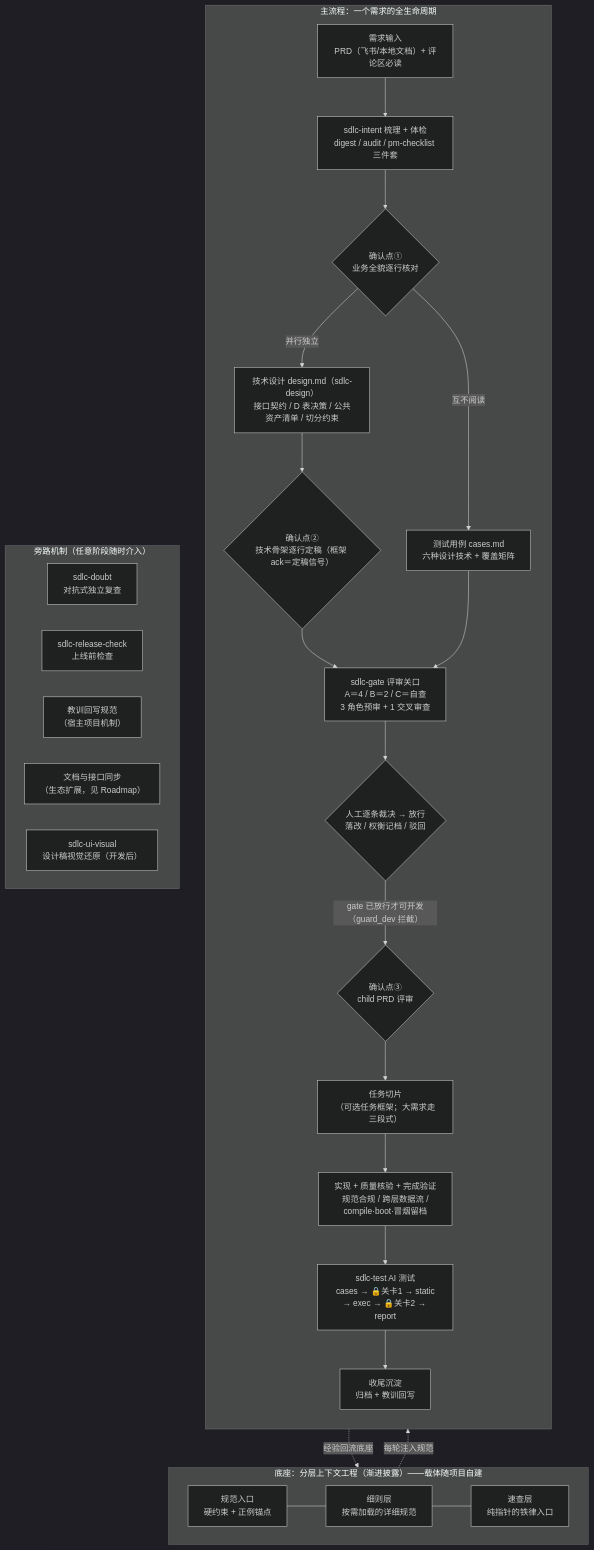
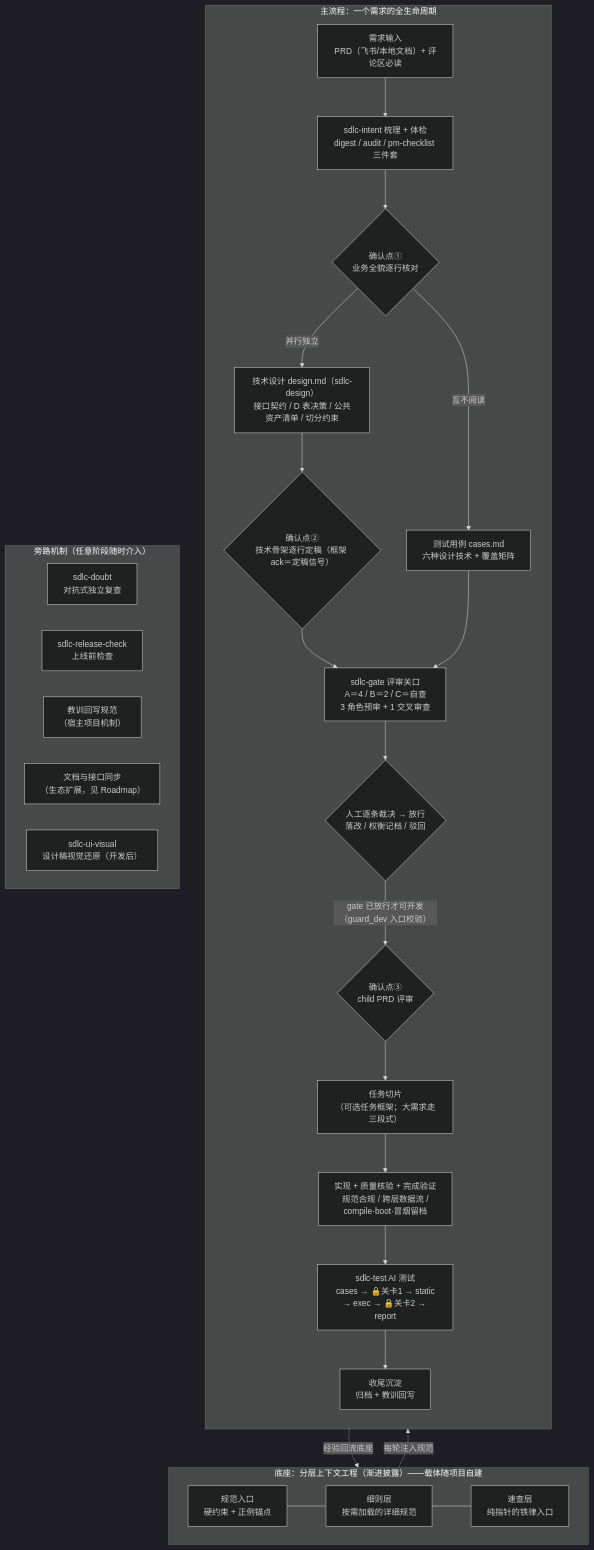
One commit to TsCarpe/claude-sdlc-skills changed the first of 2 diagrams in docs/workflow.md. Above: the diagram before and after it, drawn with Mermaid (dark theme). The commit also changed other lines of this file and 28 other files, not shown here.

````diff
--- a/docs/workflow.md
+++ b/docs/workflow.md
@@ -13,37 +13,37 @@
 ```mermaid
 flowchart TB
     subgraph CTX["底座：分层上下文工程（渐进披露）——载体随项目自建"]
         direction LR
         A1["规范入口<br/>硬约束 + 正例锚点"] --- A2["细则层<br/>按需加载的详细规范"]
         A2 --- A3["速查层<br/>纯指针的铁律入口"]
     end
 
     subgraph MAIN["主流程：一个需求的全生命周期"]
         direction TB
         B1["需求输入<br/>PRD（飞书/本地文档）+ 评论区必读"] --> B2["sdlc-intent 梳理 + 体检<br/>digest / audit / pm-checklist 三件套"]
         B2 --> C1{"确认点①<br/>业务全貌逐行核对"}
         C1 -->|"并行独立"| B3a["技术设计 design.md（sdlc-design）<br/>接口契约 / D 表决策 / 公共资产清单 / 切分约束"]
         C1 -->|"互不阅读"| B3b["测试用例 cases.md<br/>六种设计技术 + 覆盖矩阵"]
         B3a --> C2a{"确认点②<br/>技术骨架逐行定稿（框架 ack＝定稿信号）"}
         C2a --> B4["sdlc-gate 评审关口<br/>A＝4 / B＝2 / C＝自查<br/>3 角色预审 + 1 交叉审查"]
         B3b --> B4
         B4 --> C2{"人工逐条裁决 → 放行<br/>落改 / 权衡记档 / 驳回"}
-        C2 -->|"gate 已放行才可开发（guard_dev 拦截）"| C3{"确认点③<br/>child PRD 评审"}
+        C2 -->|"gate 已放行才可开发（guard_dev 入口校验）"| C3{"确认点③<br/>child PRD 评审"}
         C3 --> B5["任务切片<br/>（可选任务框架；大需求走三段式）"]
         B5 --> B6["实现 + 质量核验 + 完成验证<br/>规范合规 / 跨层数据流 /<br/>compile·boot·冒烟留档"]
         B6 --> B7["sdlc-test AI 测试<br/>cases → 🔒关卡1 → static<br/>→ exec → 🔒关卡2 → report"]
         B7 --> B8["收尾沉淀<br/>归档 + 教训回写"]
     end
 
     subgraph SIDE["旁路机制（任意阶段随时介入）"]
         direction LR
         S1["sdlc-doubt<br/>对抗式独立复查"]
         S2["sdlc-release-check<br/>上线前检查"]
         S3["教训回写规范<br/>（宿主项目机制）"]
         S4["文档与接口同步<br/>（生态扩展，见 Roadmap）"]
         S5["sdlc-ui-visual<br/>设计稿视觉还原（开发后）"]
     end
 
     CTX -. 每轮注入规范 .-> B5
     B8 -. 经验回流底座 .-> CTX
 ```
````
